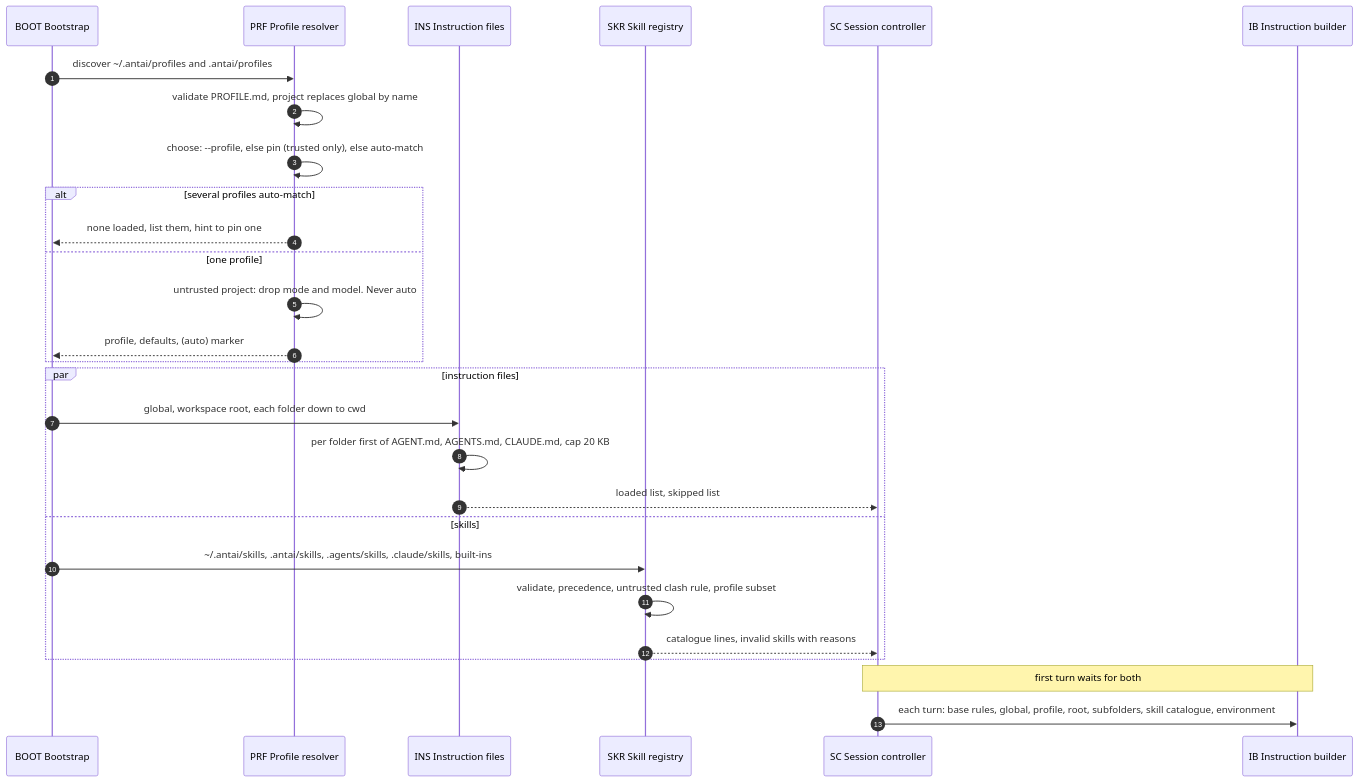
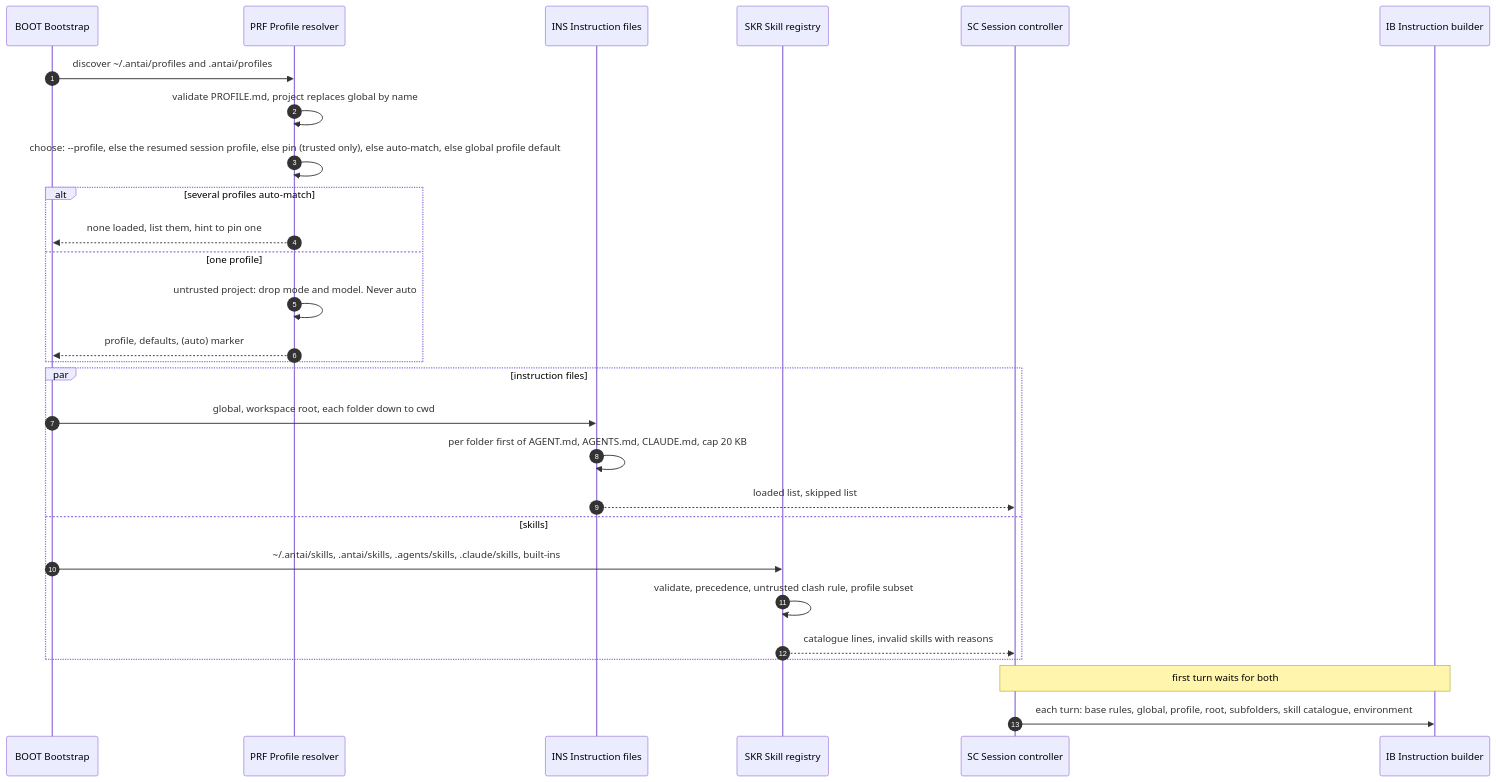
One commit to Dakshnagpal/antai-agent changed the sixth of 46 diagrams in docs/Deliverables/03_sequence_diagrams.md. Above: the diagram before and after it, drawn with Mermaid. The commit also changed other lines of this file and 18 other files, not shown here.

````diff
--- a/docs/Deliverables/03_sequence_diagrams.md
+++ b/docs/Deliverables/03_sequence_diagrams.md
@@ -442,30 +448,30 @@
 ```mermaid
 sequenceDiagram
     autonumber
     participant BOOT as BOOT Bootstrap
     participant PRF as PRF Profile resolver
     participant INS as INS Instruction files
     participant SKR as SKR Skill registry
     participant SC as SC Session controller
     participant IB as IB Instruction builder
     BOOT->>PRF: discover ~/.antai/profiles and .antai/profiles
     PRF->>PRF: validate PROFILE.md, project replaces global by name
-    PRF->>PRF: choose: --profile, else pin (trusted only), else auto-match
+    PRF->>PRF: choose: --profile, else the resumed session profile, else pin (trusted only), else auto-match, else global profile default
     alt several profiles auto-match
         PRF-->>BOOT: none loaded, list them, hint to pin one
     else one profile
         PRF->>PRF: untrusted project: drop mode and model. Never auto
         PRF-->>BOOT: profile, defaults, (auto) marker
     end
     par instruction files
         BOOT->>INS: global, workspace root, each folder down to cwd
         INS->>INS: per folder first of AGENT.md, AGENTS.md, CLAUDE.md, cap 20 KB
         INS-->>SC: loaded list, skipped list
     and skills
         BOOT->>SKR: ~/.antai/skills, .antai/skills, .agents/skills, .claude/skills, built-ins
         SKR->>SKR: validate, precedence, untrusted clash rule, profile subset
         SKR-->>SC: catalogue lines, invalid skills with reasons
     end
     Note over SC,IB: first turn waits for both
     SC->>IB: each turn: base rules, global, profile, root, subfolders, skill catalogue, environment
 ```
````
